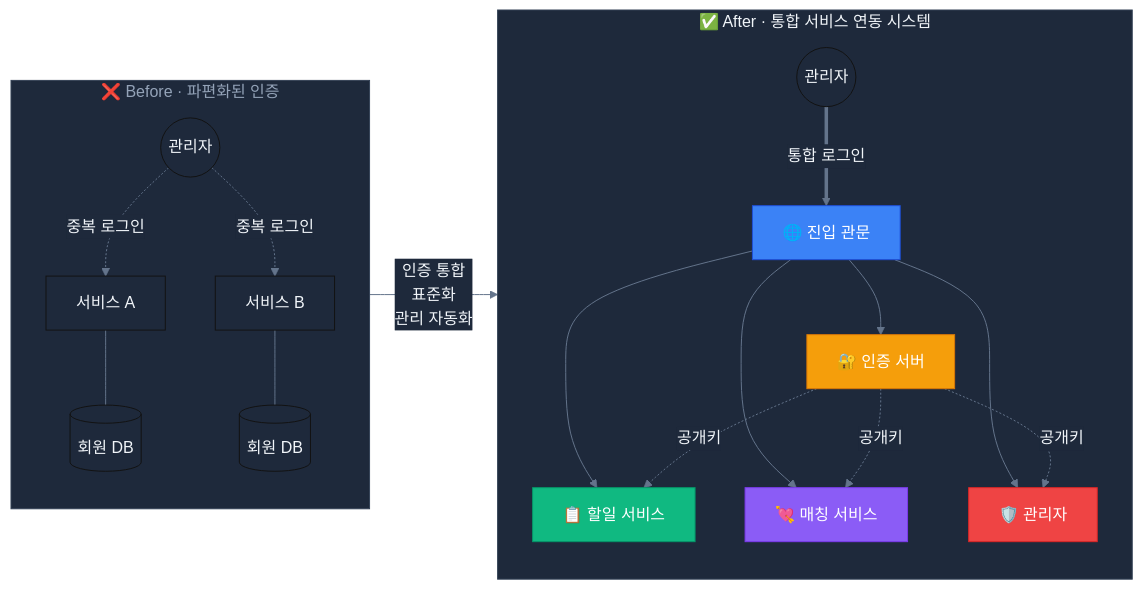
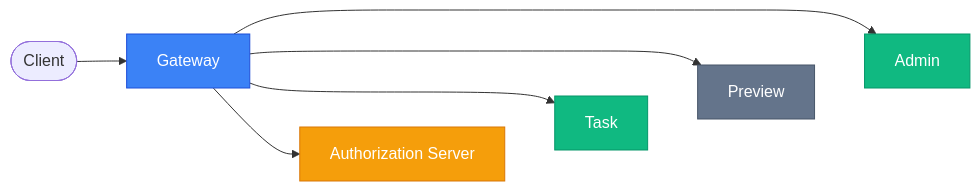
The first of 10 diagrams in README.md (hello-pebble/auth-gateway-platform), drawn with Mermaid before and after one commit. The commit also changed other lines of this file and 5 other files, not shown here.

````diff
--- a/README.md
+++ b/README.md
@@ -21,33 +29,15 @@
 ```mermaid
-%%{init: {'theme': 'base', 'themeVariables': {'primaryColor': '#1e293b', 'primaryTextColor': '#f1f5f9', 'lineColor': '#64748b', 'secondaryColor': '#0f172a', 'tertiaryColor': '#1e293b', 'edgeLabelBackground': '#1e293b', 'clusterBkg': '#0f172a', 'clusterBorder': '#334155', 'titleColor': '#f1f5f9'}}}%%
-graph LR
-    subgraph Before["❌ Before · 파편화된 인증"]
-        direction TB
-        P1[서비스 A] --- DB1[(회원 DB)]
-        P2[서비스 B] --- DB2[(회원 DB)]
-        ADM((관리자)) -.->|중복 로그인| P1
-        ADM -.->|중복 로그인| P2
-    end
+flowchart LR
+    C([Client]) --> G[Gateway]
+    G --> A[Authorization Server]
+    G --> T[Task]
+    G --> P[Preview]
+    G --> AD[Admin]
+    A ~~~ T ~~~ P ~~~ AD
 
-    subgraph After["✅ After · 통합 서비스 연동 시스템"]
-        direction TB
-        GW[🌐 진입 관문] --> AS[🔐 인증 서버]
-        GW --> SVC1[📋 할일 서비스]
-        GW --> SVC2[💘 매칭 서비스]
-        GW --> SVC3[🛡️ 관리자]
-        AS -.->|공개키| SVC1
-        AS -.->|공개키| SVC2
-        AS -.->|공개키| SVC3
-        ADMIN((관리자)) ==>|통합 로그인| GW
-    end
-
-    Before -->|"인증 통합\n표준화\n관리 자동화"| After
-
-    style Before fill:#1e293b,color:#94a3b8,stroke:#334155
-    style After fill:#1e293b,color:#f1f5f9,stroke:#334155
-    style GW fill:#3b82f6,color:#fff,stroke:#1d4ed8
-    style AS fill:#f59e0b,color:#fff,stroke:#d97706
-    style SVC1 fill:#10b981,color:#fff,stroke:#059669
-    style SVC2 fill:#8b5cf6,color:#fff,stroke:#7c3aed
-    style SVC3 fill:#ef4444,color:#fff,stroke:#dc2626
+    style G fill:#3b82f6,color:#fff,stroke:#1d4ed8
+    style A fill:#f59e0b,color:#fff,stroke:#d97706
+    style T fill:#10b981,color:#fff,stroke:#059669
+    style P fill:#64748b,color:#fff,stroke:#475569
+    style AD fill:#10b981,color:#fff,stroke:#059669
 ```
````
